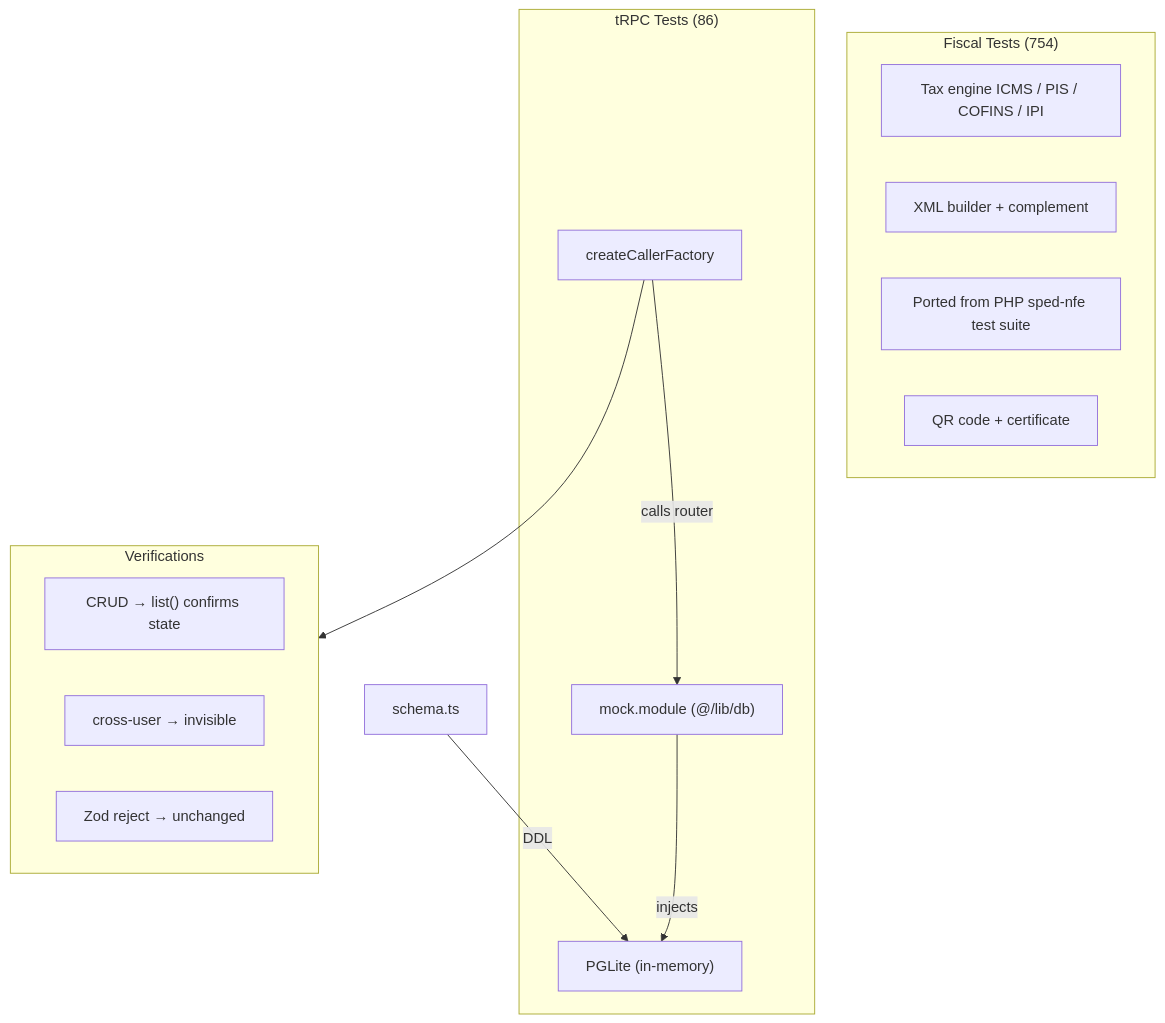
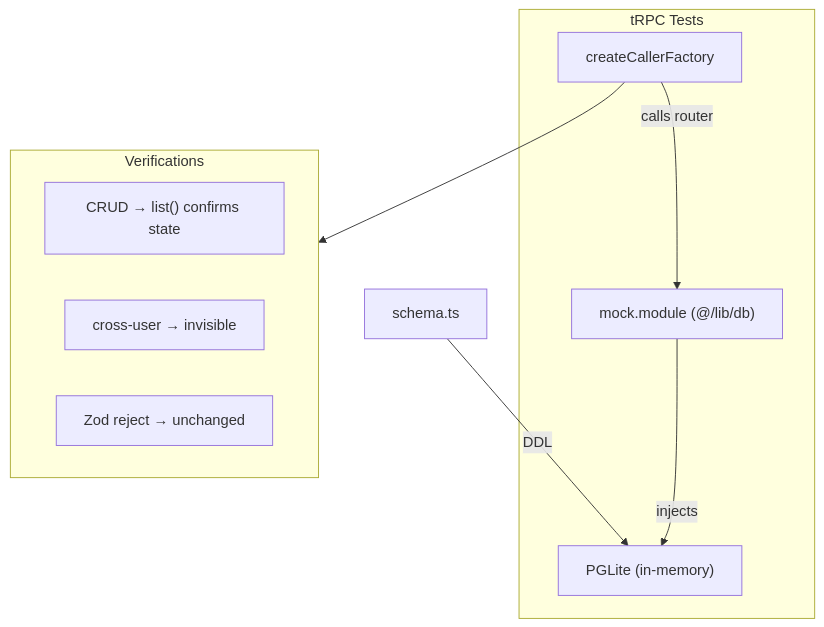
Before and after one commit to alinassereddine/FinOpenPOS: the second of 3 diagrams in README.md, drawn with Mermaid. The commit also changed other lines of this file and 12 other files, not shown here.

````diff
--- a/README.md
+++ b/README.md
@@ -323,27 +173,20 @@
 ```mermaid
 flowchart TB
-  subgraph FiscalTests["Fiscal Tests (754)"]
-    TaxTests["Tax engine ICMS / PIS / COFINS / IPI"]
-    XMLTests["XML builder + complement"]
-    PortedTests["Ported from PHP sped-nfe test suite"]
-    QRTests["QR code + certificate"]
-  end
-
-  subgraph tRPCTests["tRPC Tests (86)"]
+  subgraph tRPCTests["tRPC Tests"]
     PGLite["PGLite (in-memory)"]
     Mock["mock.module (@/lib/db)"]
     Caller["createCallerFactory"]
   end
 
   Schema["schema.ts"] -->|DDL| PGLite
   Mock -->|injects| PGLite
   Caller -->|calls router| Mock
 
   subgraph Verifications
     CRUD["CRUD → list() confirms state"]
     Isolation["cross-user → invisible"]
     Zod["Zod reject → unchanged"]
   end
 
   Caller --> Verifications
 ```
````
